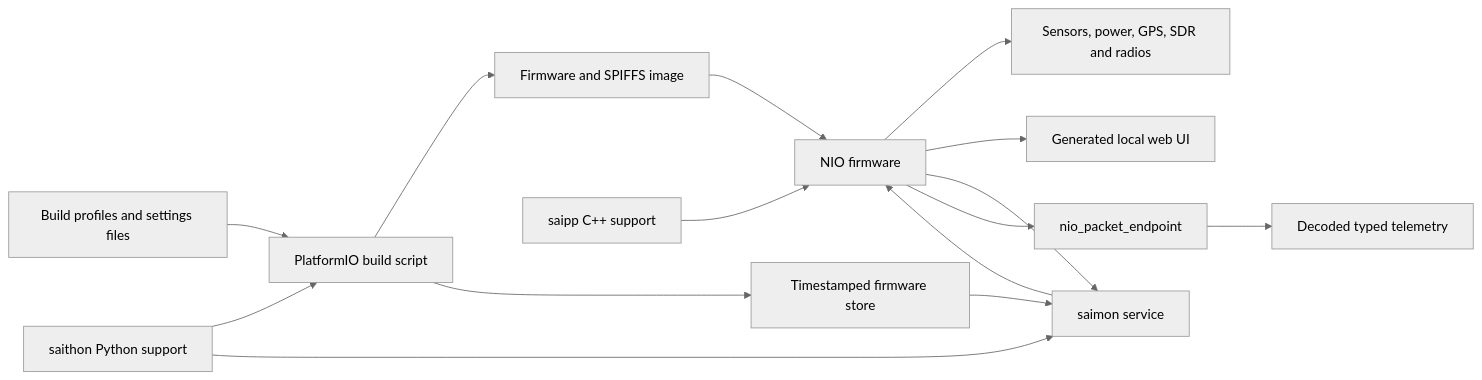
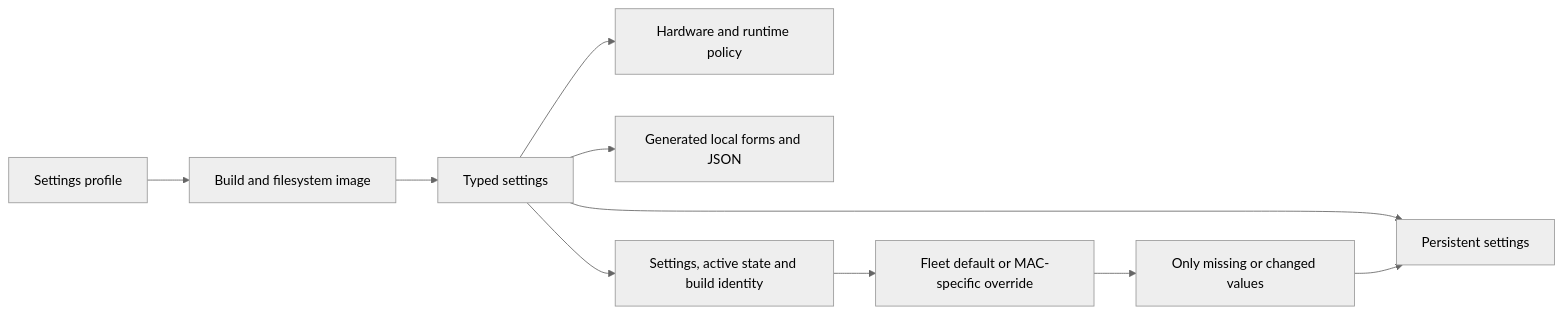
Before and after one commit to asm128/profile: the diagram in analysis/spaceai-firmware/README.md, drawn with Mermaid (neutral theme). The commit also changed other lines of this file and 3 other files, not shown here.

Commit message:
Reframe SpaceAI firmware as device platform

````diff
--- a/analysis/spaceai-firmware/README.md
+++ b/analysis/spaceai-firmware/README.md
@@ -9,17 +37,12 @@
 ```mermaid
 flowchart LR
-    Profiles[Build profiles and settings files] --> Build[PlatformIO build script]
-    Build --> Image[Firmware and SPIFFS image]
-    Image --> Device[NIO firmware]
-    Device --> Hardware[Sensors, power, GPS, SDR and radios]
-    Device --> LocalUI[Generated local web UI]
-    Device --> Monitor[saimon service]
-    Device --> PacketEndpoint[nio_packet_endpoint]
-    PacketEndpoint --> Telemetry[Decoded typed telemetry]
-    Monitor --> Device
-    Build --> Updates[Timestamped firmware store]
-    Updates --> Monitor
-    SharedC[saipp C++ support] --> Device
-    SharedPy[saithon Python support] --> Build
-    SharedPy --> Monitor
+    Profile[Settings profile] --> Build[Build and filesystem image]
+    Build --> Typed[Typed settings]
+    Typed --> Device[Hardware and runtime policy]
+    Typed --> Local[Generated local forms and JSON]
+    Typed --> Persist[Persistent settings]
+    Typed --> Report[Settings, active state and build identity]
+    Report --> Fleet[Fleet default or MAC-specific override]
+    Fleet --> Delta[Only missing or changed values]
+    Delta --> Persist
 ```
````
